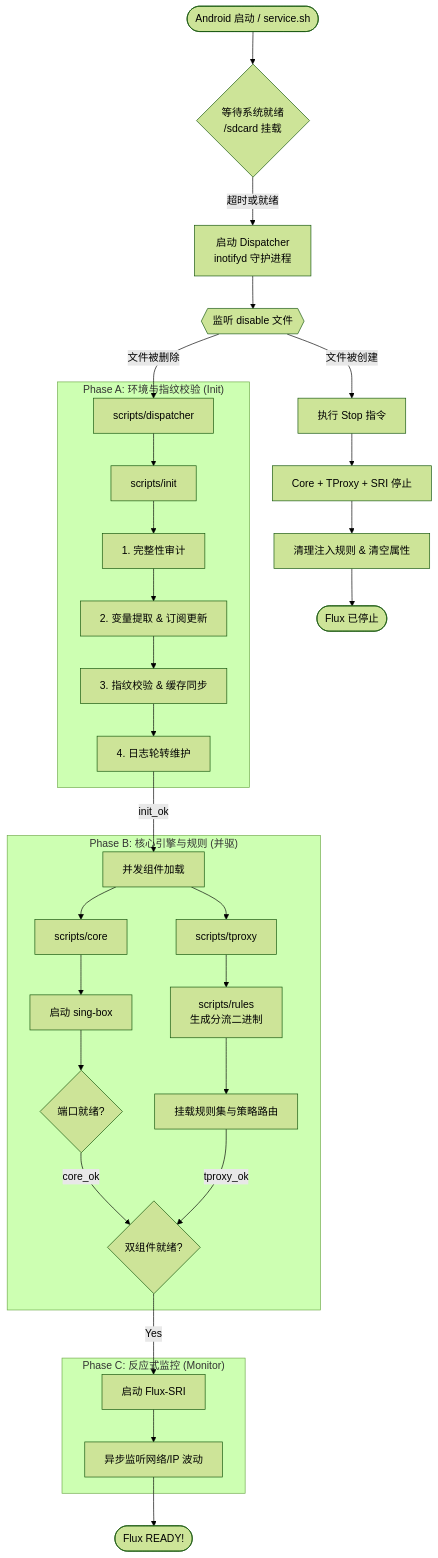
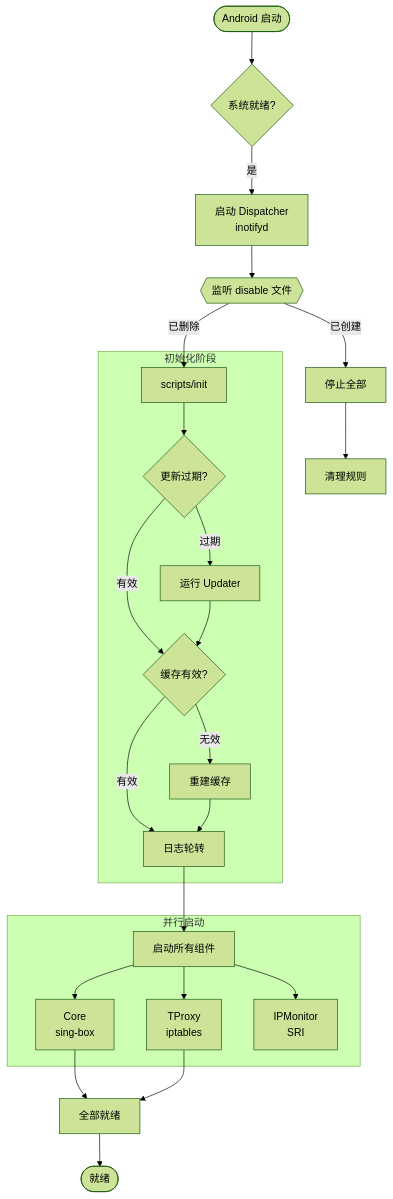
One commit to Chth1z/Flux changed the first of 2 diagrams in README_zh.md. Above: the diagram before and after it, drawn with Mermaid (forest theme). The commit also changed other lines of this file and 2 other files, not shown here.

````diff
--- a/README_zh.md
+++ b/README_zh.md
@@ -56,46 +63,33 @@
 ```mermaid
 graph TD
-    %% 启动链条
-    Boot([Android 启动 / service.sh]) --> Wait{等待系统就绪<br/>/sdcard 挂载}
-    Wait -->|超时或就绪| LaunchDisp[启动 Dispatcher<br/>inotifyd 守护进程]
+    Boot([Android 启动]) --> Wait{系统就绪?}
+    Wait -->|是| Dispatcher[启动 Dispatcher<br/>inotifyd]
     
-    LaunchDisp --> Watcher{{监听 disable 文件}}
+    Dispatcher --> Watch{{监听 disable 文件}}
     
-    Watcher -- "文件被删除" --> Dispatch[scripts/dispatcher]
+    Watch -- "已删除" --> Init
     
-    subgraph "Phase A: 环境与指纹校验 (Init)"
-        Dispatch --> Init[scripts/init]
-        Init --> Audit[1. 完整性审计]
-        Audit --> Env[2. 变量提取 & 订阅更新]
-        Env --> Cache[3. 指纹校验 & 缓存同步]
-        Cache --> Log[4. 日志轮转维护]
+    subgraph InitPhase ["初始化阶段"]
+        Init[scripts/init] --> Check1{更新过期?}
+        Check1 -->|过期| Update[运行 Updater]
+        Check1 -->|有效| Check2
+        Update --> Check2{缓存有效?}
+        Check2 -->|无效| Rebuild[重建缓存]
+        Check2 -->|有效| LogRot[日志轮转]
+        Rebuild --> LogRot
     end
     
-    Log -- "init_ok" --> StartComp[并发组件加载]
+    LogRot --> Launch["启动所有组件"]
     
-    subgraph "Phase B: 核心引擎与规则 (并驱)"
-        StartComp --> Core[scripts/core]
-        StartComp --> TProxy[scripts/tproxy]
-        
-        Core --> SingBox[启动 sing-box]
-        SingBox --> SBWait{端口就绪?}
-        SBWait -- "core_ok" --> Readiness
-        
-        TProxy --> Rules[scripts/rules<br/>生成分流二进制]
-        Rules --> Apply[挂载规则集与策略路由]
-        Apply -- "tproxy_ok" --> Readiness
+    subgraph Components ["并行启动"]
+        Launch --> Core[Core<br/>sing-box]
+        Launch --> TProxy[TProxy<br/>iptables]
+        Launch --> Monitor[IPMonitor<br/>SRI]
     end
     
-    subgraph "Phase C: 反应式监控 (Monitor)"
-        Readiness{双组件就绪?} -- "Yes" --> SRI[启动 Flux-SRI]
-        SRI --> Monitor[异步监听网络/IP 波动]
-    end
+    Core & TProxy --> Ready
+    Ready[全部就绪] --> Final([就绪])
     
-    Monitor --> Final([Flux READY!])
-
-    %% 停止链条
-    Watcher -- "文件被创建" --> StopFlow[执行 Stop 指令]
-    StopFlow --> StopNodes[Core + TProxy + SRI 停止]
-    StopNodes --> Cleanup[清理注入规则 & 清空属性]
-    Cleanup --> Terminate([Flux 已停止])
+    Watch -- "已创建" --> Stop[停止全部]
+    Stop --> Cleanup[清理规则]
 ```
````
